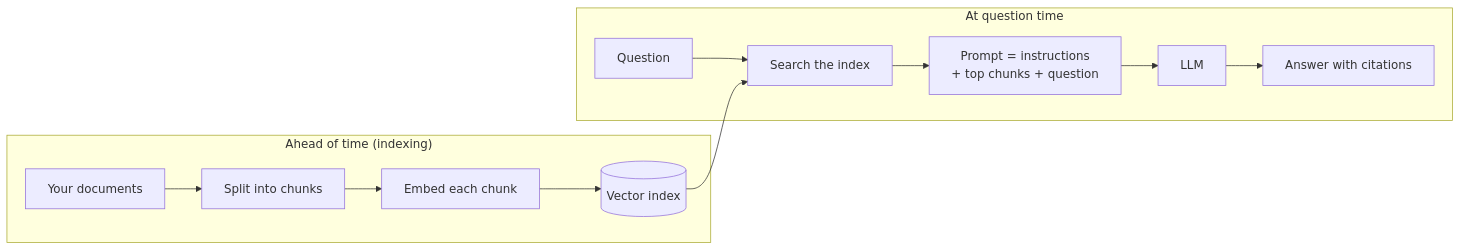
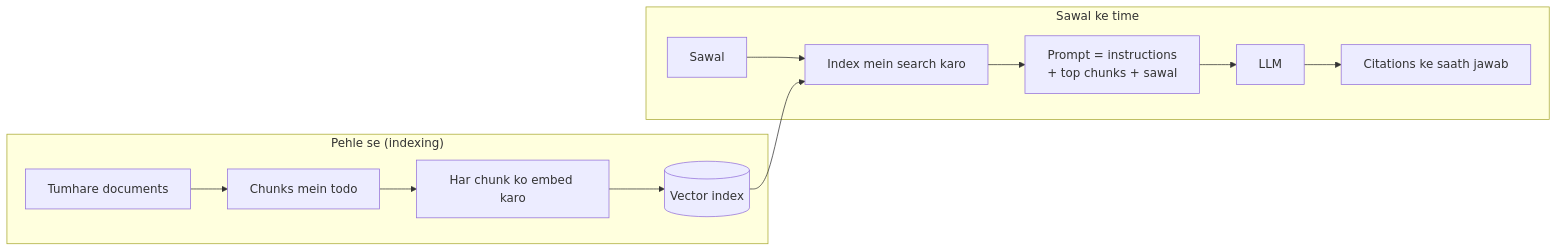
Before and after one commit to asmustechno/agentic-ai-notes: the diagram in docs/06-rag-for-agents/06.1-rag-in-5-minutes.md, drawn with Mermaid. The commit also changed other lines of this file and 135 other files, not shown here.

````diff
--- a/docs/06-rag-for-agents/06.1-rag-in-5-minutes.md
+++ b/docs/06-rag-for-agents/06.1-rag-in-5-minutes.md
@@ -41,12 +41,12 @@
 ```mermaid
 flowchart LR
-    subgraph Before["Ahead of time (indexing)"]
-        D[Your documents] --> C["Split into chunks"] --> E["Embed each chunk"] --> V[(Vector index)]
+    subgraph Before["Pehle se (indexing)"]
+        D[Tumhare documents] --> C["Chunks mein todo"] --> E["Har chunk ko embed karo"] --> V[(Vector index)]
     end
-    subgraph Query["At question time"]
-        Q[Question] --> S["Search the index"]
+    subgraph Query["Sawal ke time"]
+        Q[Sawal] --> S["Index mein search karo"]
         V --> S
-        S --> P["Prompt = instructions<br/>+ top chunks + question"]
-        P --> M[LLM] --> A["Answer with citations"]
+        S --> P["Prompt = instructions<br/>+ top chunks + sawal"]
+        P --> M[LLM] --> A["Citations ke saath jawab"]
     end
 ```
````
